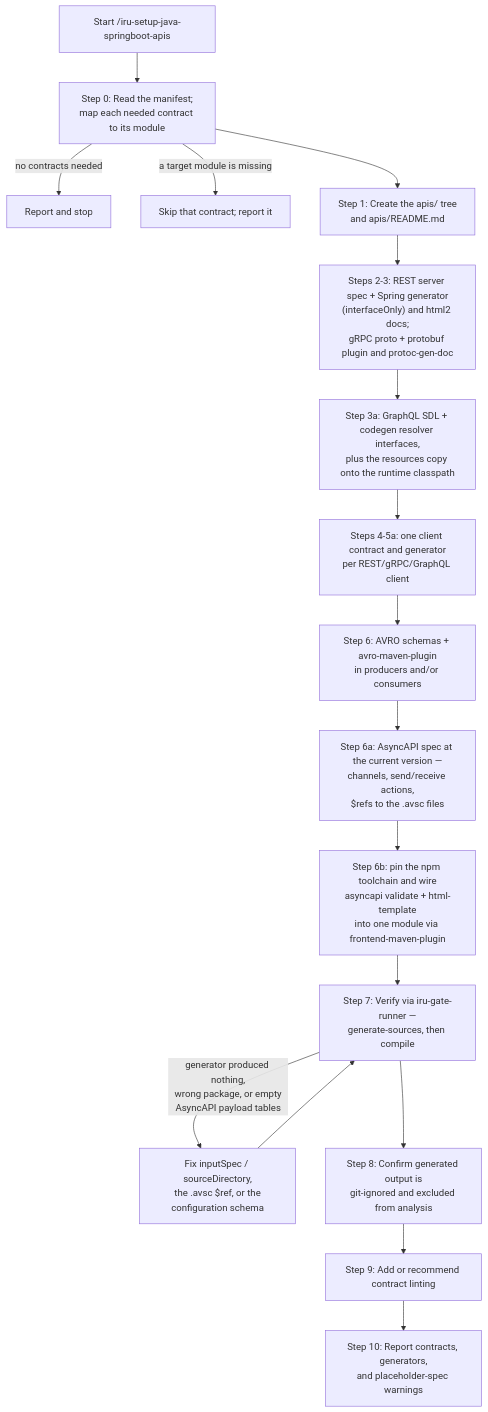
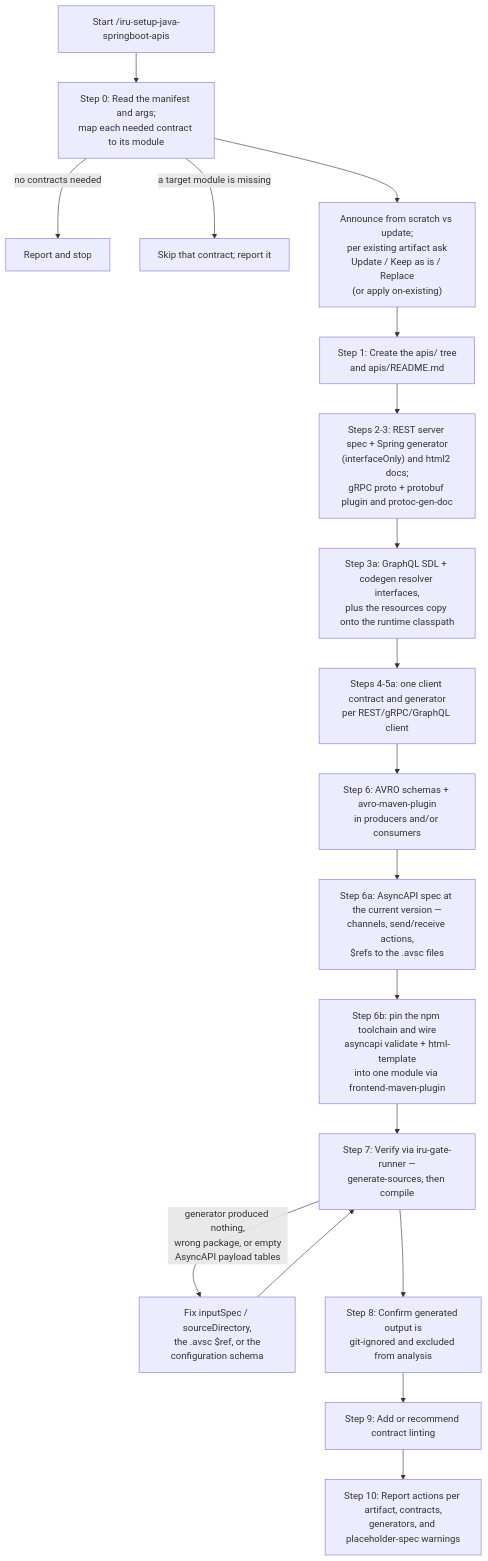
The diagram in docs/modules/ROOT/pages/skills/iru-setup-java-springboot-apis.adoc (albertoirurueta/ai-catalog), drawn with Mermaid before and after one commit. The commit also changed other lines of this file and 87 other files, not shown here.

```diff
--- a/docs/modules/ROOT/pages/skills/iru-setup-java-springboot-apis.adoc
+++ b/docs/modules/ROOT/pages/skills/iru-setup-java-springboot-apis.adoc
@@ -147,20 +167,21 @@
 [mermaid]
 ....
 flowchart TD
-    A["Start /iru-setup-java-springboot-apis"] --> B["Step 0: Read the manifest;\nmap each needed contract to its module"]
+    A["Start /iru-setup-java-springboot-apis"] --> B["Step 0: Read the manifest and args;\nmap each needed contract to its module"]
     B -- no contracts needed --> STOP["Report and stop"]
     B -- a target module is missing --> SKIP["Skip that contract; report it"]
-    B --> C["Step 1: Create the apis/ tree\nand apis/README.md"]
+    B --> B2["Announce from scratch vs update;\nper existing artifact ask\nUpdate / Keep as is / Replace\n(or apply on-existing)"]
+    B2 --> C["Step 1: Create the apis/ tree\nand apis/README.md"]
     C --> D["Steps 2-3: REST server spec + Spring generator\n(interfaceOnly) and html2 docs;\ngRPC proto + protobuf plugin and protoc-gen-doc"]
     D --> D2["Step 3a: GraphQL SDL + codegen resolver interfaces,\nplus the resources copy onto the runtime classpath"]
     D2 --> E["Steps 4-5a: one client contract and generator\nper REST/gRPC/GraphQL client"]
     E --> F["Step 6: AVRO schemas + avro-maven-plugin\nin producers and/or consumers"]
     F --> F1["Step 6a: AsyncAPI spec at the current version —\nchannels, send/receive actions,\n$refs to the .avsc files"]
     F1 --> F2["Step 6b: pin the npm toolchain and wire\nasyncapi validate + html-template\ninto one module via frontend-maven-plugin"]
     F2 --> G["Step 7: Verify via iru-gate-runner —\ngenerate-sources, then compile"]
     G -->|"generator produced nothing,\nwrong package, or empty\nAsyncAPI payload tables"| H["Fix inputSpec / sourceDirectory,\nthe .avsc $ref, or the\nconfiguration schema"]
     H --> G
     G --> I["Step 8: Confirm generated output is\ngit-ignored and excluded from analysis"]
     I --> J["Step 9: Add or recommend contract linting"]
-    J --> K["Step 10: Report contracts, generators,\nand placeholder-spec warnings"]
+    J --> K["Step 10: Report actions per artifact, contracts,\ngenerators, and placeholder-spec warnings"]
 ....
```
